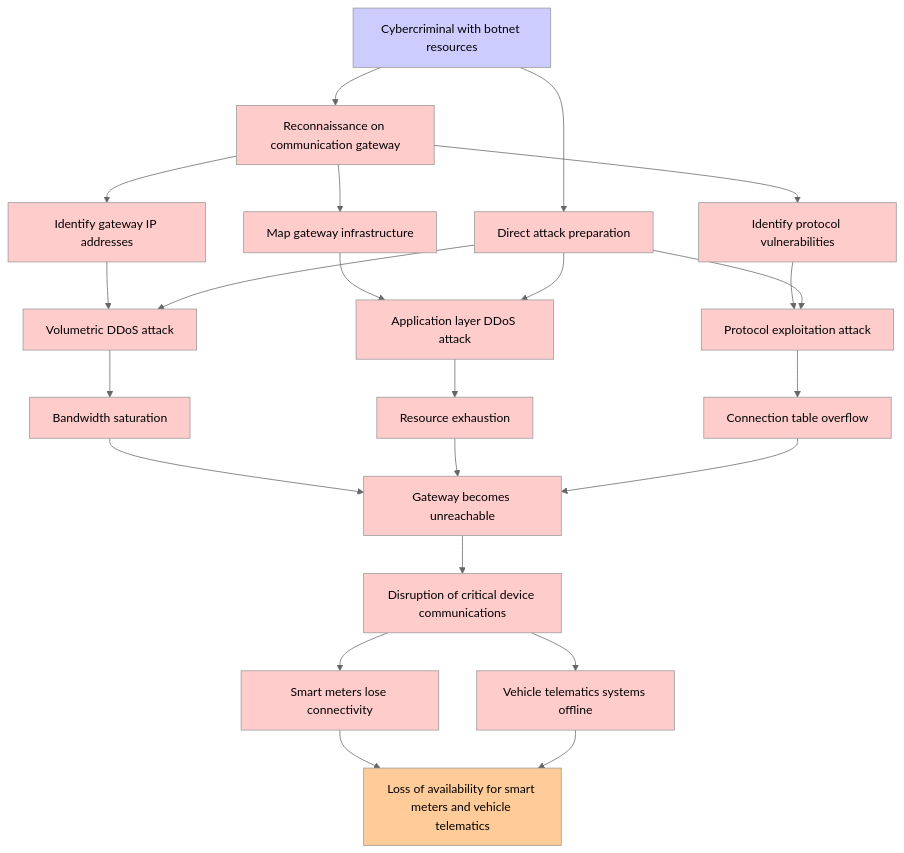
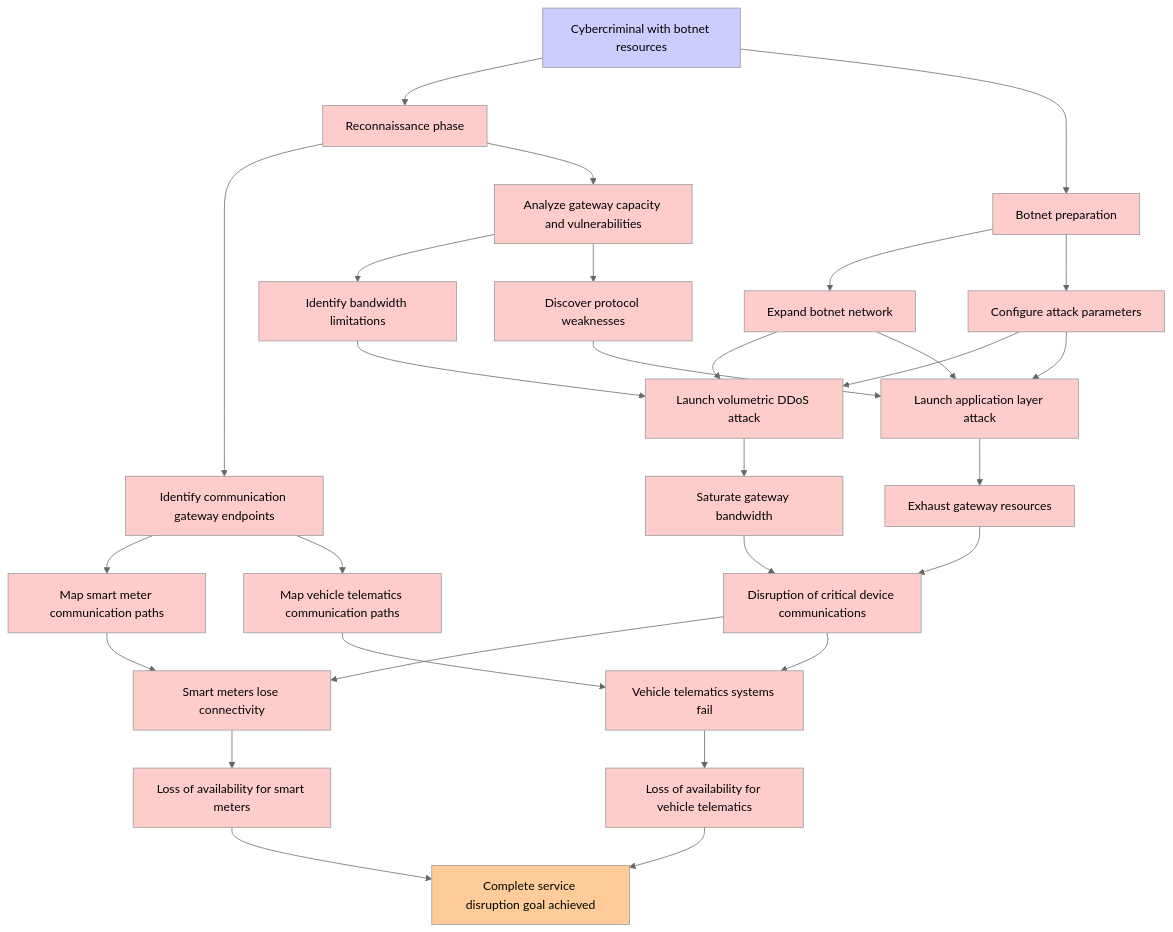
The diagram in threatforest-agentic-application/examples/iot-device-management/threatforest/attack_trees/attack_tree_T004_denial_of_service.md (aws-samples/sample-agentic-attack-tree-generator), drawn with Mermaid (neutral theme) before and after one commit. The commit also changed 44 other files, not shown here.

````diff
--- a/threatforest-agentic-application/examples/iot-device-management/threatforest/attack_trees/attack_tree_T004_denial_of_service.md
+++ b/threatforest-agentic-application/examples/iot-device-management/threatforest/attack_trees/attack_tree_T004_denial_of_service.md
@@ -19,32 +19,38 @@
 ```mermaid
 graph TD
-    A["Cybercriminal with botnet resources"] --> B["Reconnaissance on communication gateway"]
-    A --> C["Direct attack preparation"]
-    B --> D["Identify gateway IP addresses"]
-    B --> E["Map gateway infrastructure"]
-    B --> F["Identify protocol vulnerabilities"]
-    D --> G["Volumetric DDoS attack"]
-    E --> H["Application layer DDoS attack"]
-    F --> I["Protocol exploitation attack"]
-    C --> G
-    C --> H
-    C --> I
-    G --> J["Bandwidth saturation"]
-    H --> K["Resource exhaustion"]
-    I --> L["Connection table overflow"]
-    J --> M["Gateway becomes unreachable"]
+    A["Cybercriminal with botnet resources"] --> B["Reconnaissance phase"]
+    A --> C["Botnet preparation"]
+    B --> D["Identify communication gateway endpoints"]
+    B --> E["Analyze gateway capacity and vulnerabilities"]
+    C --> F["Expand botnet network"]
+    C --> G["Configure attack parameters"]
+    D --> H["Map smart meter communication paths"]
+    D --> I["Map vehicle telematics communication paths"]
+    E --> J["Identify bandwidth limitations"]
+    E --> K["Discover protocol weaknesses"]
+    F --> L["Launch volumetric DDoS attack"]
+    G --> L
+    J --> L
+    F --> M["Launch application layer attack"]
+    G --> M
     K --> M
-    L --> M
-    M --> N["Disruption of critical device communications"]
-    N --> O["Smart meters lose connectivity"]
-    N --> P["Vehicle telematics systems offline"]
-    O --> Q["Loss of availability for smart meters and vehicle telematics"]
+    L --> N["Saturate gateway bandwidth"]
+    M --> O["Exhaust gateway resources"]
+    N --> P["Disruption of critical device communications"]
+    O --> P
+    H --> Q["Smart meters lose connectivity"]
+    I --> R["Vehicle telematics systems fail"]
     P --> Q
+    P --> R
+    Q --> S["Loss of availability for smart meters"]
+    R --> T["Loss of availability for vehicle telematics"]
+    S --> U["Complete service disruption goal achieved"]
+    T --> U
     classDef attack fill:#ffcccc
     classDef goal fill:#ffcc99
     classDef fact fill:#ccccff
-    class B,C,D,E,F,G,H,I,J,K,L,M,N,O,P attack
-    class Q goal
+    class B,C,D,E,F,G,H,I,J,K,L,M,N,O,P,Q,R,S,T attack
+    class U goal
     class A fact
     classDef mitigation fill:#ccffcc
 ```
````
